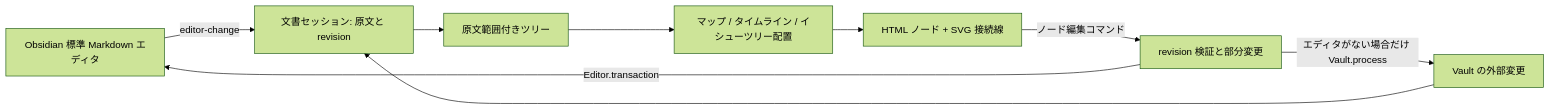
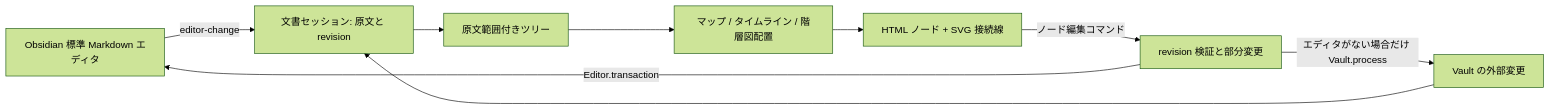
Before and after one commit to hiroyaiizuka/Mappy: the diagram in docs/architecture.md, drawn with Mermaid (forest theme). The commit also changed other lines of this file and 8 other files, not shown here.

First line of the commit message:
refactor(layout): name the third layout "hierarchy" (階層図) instead of "issue-tree" (LEV-36)

````diff
--- a/docs/architecture.md
+++ b/docs/architecture.md
@@ -9,11 +9,11 @@
 ```mermaid
 flowchart LR
   E[Obsidian 標準 Markdown エディタ] -->|editor-change| S[文書セッション: 原文と revision]
   S --> P[原文範囲付きツリー]
-  P --> L[マップ / タイムライン / イシューツリー配置]
+  P --> L[マップ / タイムライン / 階層図配置]
   L --> V[HTML ノード + SVG 接続線]
   V -->|ノード編集コマンド| C[revision 検証と部分変更]
   C -->|Editor.transaction| E
   F[Vault の外部変更] --> S
   C -->|エディタがない場合だけ Vault.process| F
 ```
````
